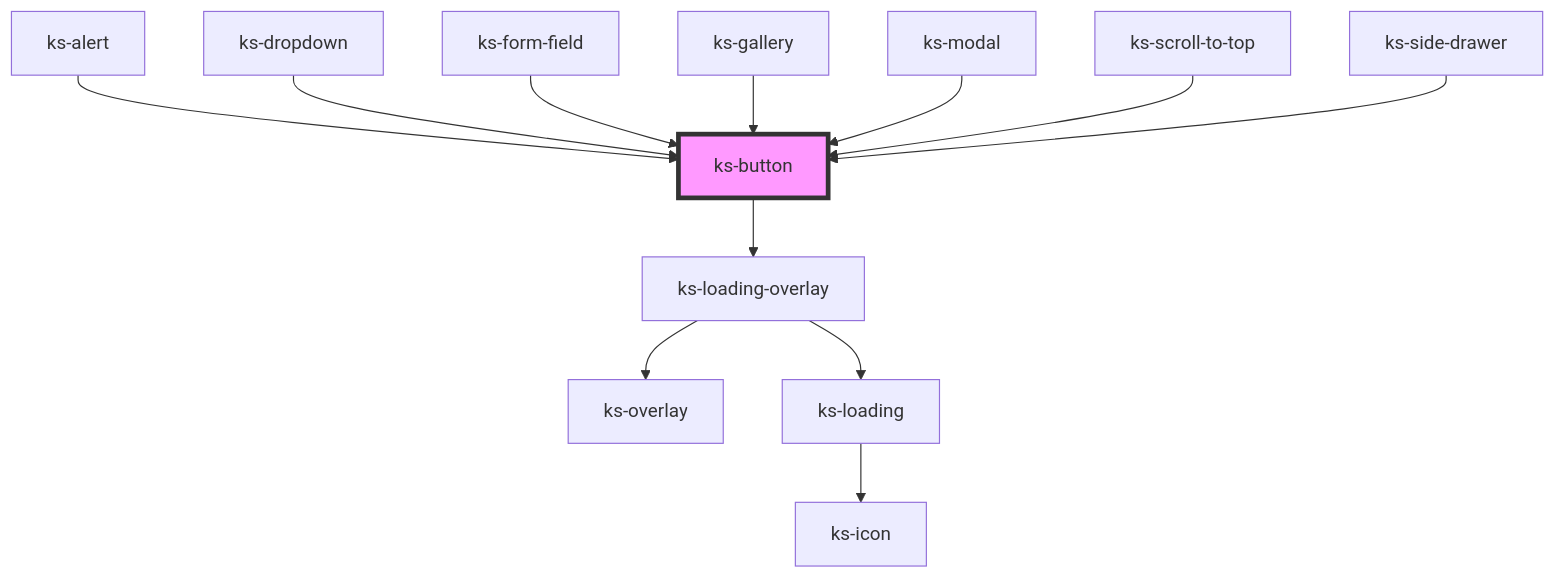
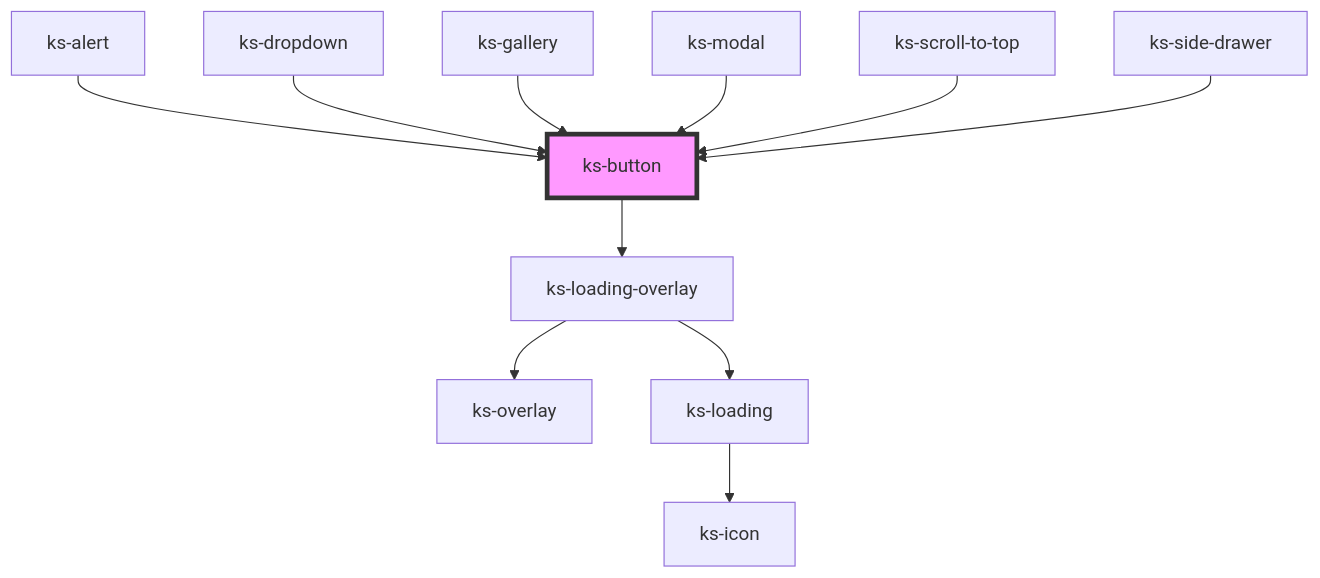
Before and after one commit to kickstand-ui/kickstand-ui: the diagram in src/scripts/components/button/readme.md, drawn with Mermaid. The commit also changed other lines of this file and 3 other files, not shown here.

````diff
--- a/src/scripts/components/button/readme.md
+++ b/src/scripts/components/button/readme.md
@@ -61,15 +60,14 @@
 ```mermaid
 graph TD;
   ks-button --> ks-loading-overlay
   ks-loading-overlay --> ks-overlay
   ks-loading-overlay --> ks-loading
   ks-loading --> ks-icon
   ks-alert --> ks-button
   ks-dropdown --> ks-button
-  ks-form-field --> ks-button
   ks-gallery --> ks-button
   ks-modal --> ks-button
   ks-scroll-to-top --> ks-button
   ks-side-drawer --> ks-button
   style ks-button fill:#f9f,stroke:#333,stroke-width:4px
 ```
````
